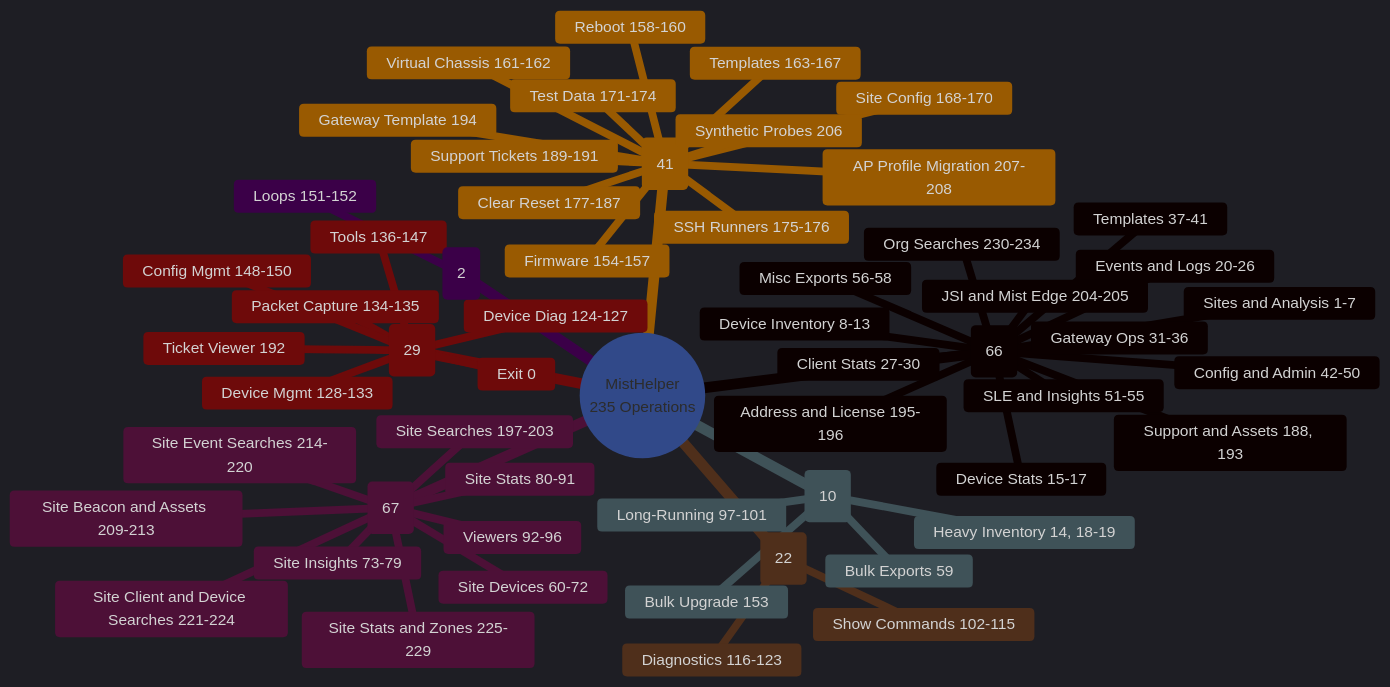
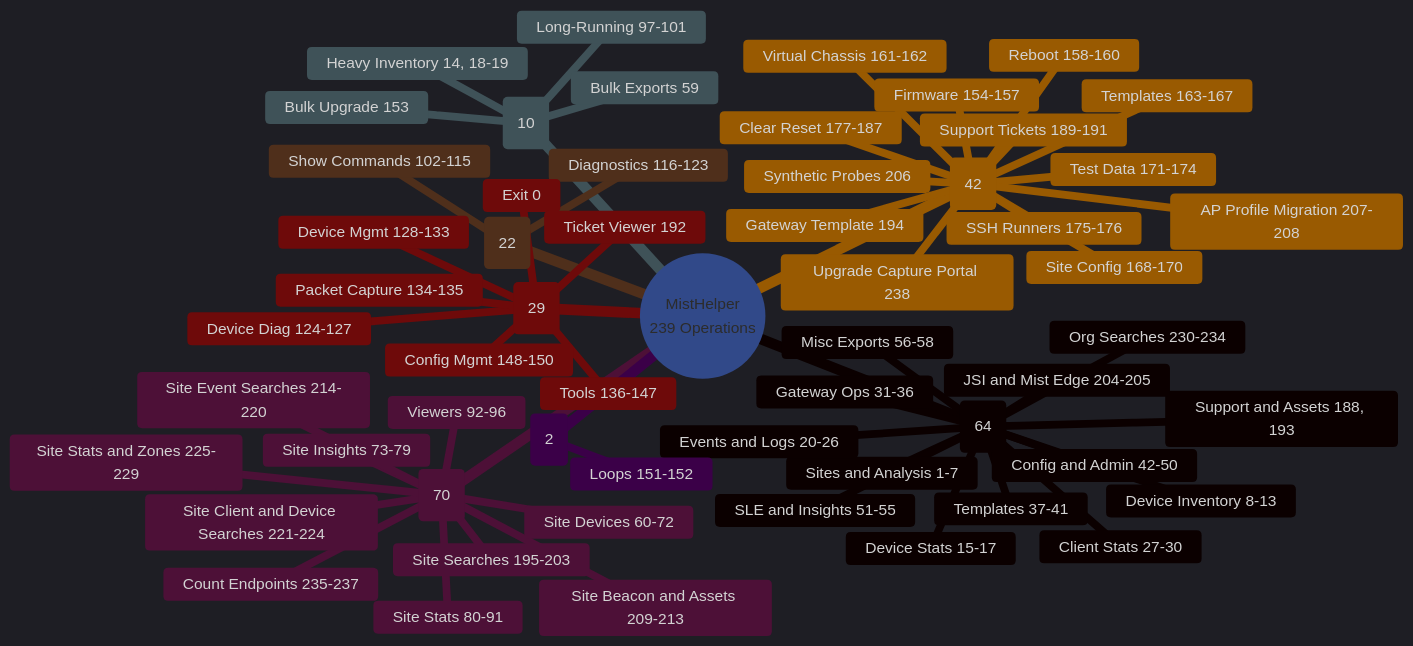
The second of 2 diagrams in README.md (jmorrison-juniper/MistHelper), drawn with Mermaid before and after one commit. The commit also changed other lines of this file and 14 other files, not shown here.

````diff
--- a/README.md
+++ b/README.md
@@ -114,70 +114,71 @@
 ```mermaid
 %%{init: {'theme': 'dark', 'themeVariables': {
   'primaryColor': '#E20074',
   'primaryTextColor': '#E0E0E0',
   'primaryBorderColor': '#99004D',
   'lineColor': '#FF4DA6',
   'secondaryColor': '#16213E',
   'tertiaryColor': '#1A1A2E',
   'fontFamily': 'ui-monospace, monospace'
 }}}%%
 mindmap
-   root((MistHelper<br/>235 Operations))
-    Safe Org Exports (66)
+   root((MistHelper<br/>239 Operations))
+    Safe Org Exports (64)
       Sites and Analysis 1-7
       Device Inventory 8-13
       Device Stats 15-17
       Events and Logs 20-26
       Client Stats 27-30
       Gateway Ops 31-36
       Templates 37-41
       Config and Admin 42-50
       SLE and Insights 51-55
       Misc Exports 56-58
       Support and Assets 188, 193
-      Address and License 195-196
       JSI and Mist Edge 204-205
       Org Searches 230-234
-    Interactive Safe (67)
+    Interactive Safe (70)
       Site Devices 60-72
       Site Insights 73-79
       Site Stats 80-91
       Viewers 92-96
-      Site Searches 197-203
+      Site Searches 195-203
       Site Beacon and Assets 209-213
       Site Event Searches 214-220
       Site Client and Device Searches 221-224
       Site Stats and Zones 225-229
+      Count Endpoints 235-237
     Resource Intensive (10)
       Heavy Inventory 14, 18-19
       Bulk Exports 59
       Long-Running 97-101
       Bulk Upgrade 153
     WebSocket (22)
       Show Commands 102-115
       Diagnostics 116-123
     Interactive (29)
       Exit 0
       Device Diag 124-127
       Device Mgmt 128-133
       Packet Capture 134-135
       Tools 136-147
       Config Mgmt 148-150
       Ticket Viewer 192
     Continuous (2)
       Loops 151-152
-    Destructive (41)
+    Destructive (42)
       ::icon(fa fa-warning)
       Firmware 154-157
       Reboot 158-160
       Virtual Chassis 161-162
       Templates 163-167
       Site Config 168-170
       Test Data 171-174
       SSH Runners 175-176
       Clear Reset 177-187
       Support Tickets 189-191
       Gateway Template 194
       Synthetic Probes 206
       AP Profile Migration 207-208
+      Upgrade Capture Portal 238
 ```
````
